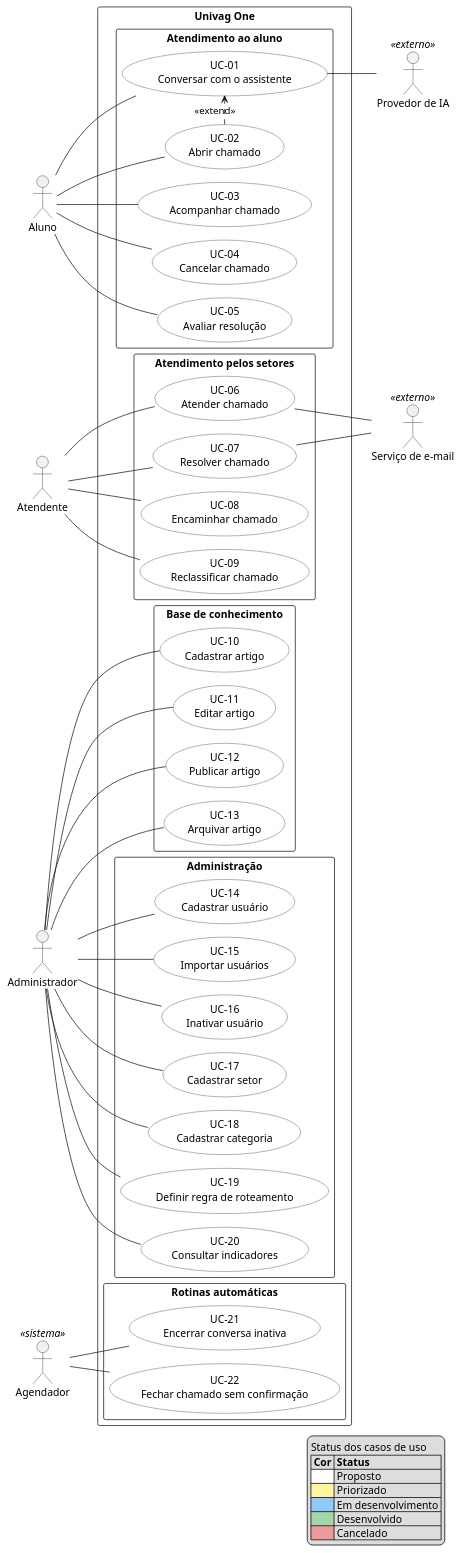
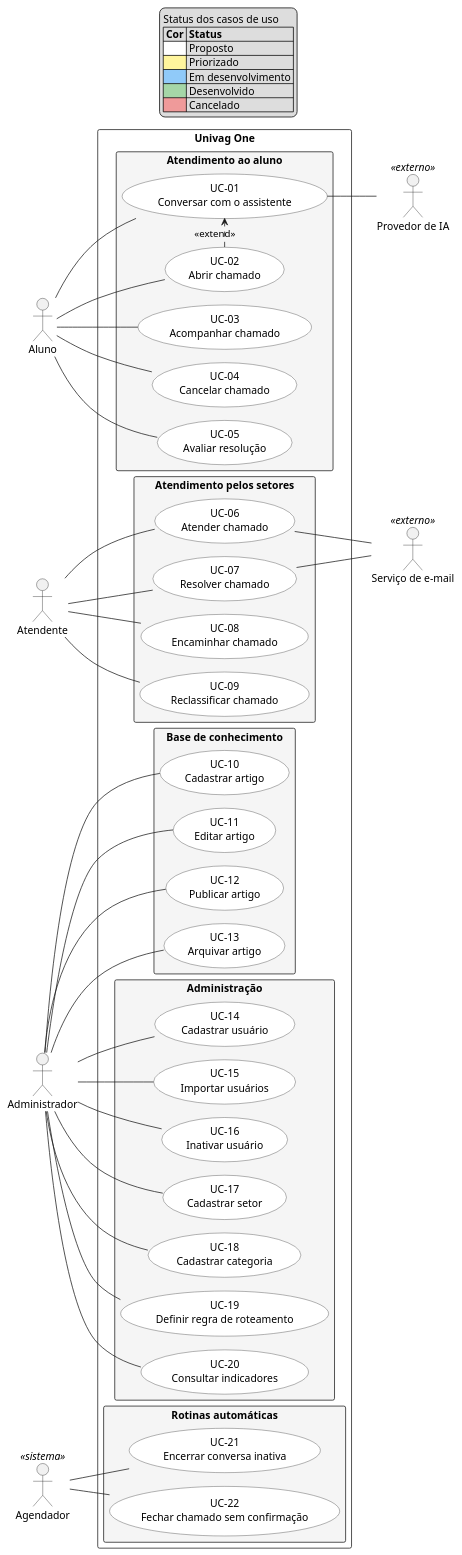
Before and after one commit to Bitforgee/One: the diagram in docs/figuras/casos-de-uso.puml, drawn with PlantUML. The commit also changed 2 other files, not shown here.

Commit message:
docs(figuras): redraw use-case diagram with the legend on top

```diff
--- a/docs/figuras/casos-de-uso.puml
+++ b/docs/figuras/casos-de-uso.puml
@@ -1,92 +1,92 @@
 @startuml casos-de-uso
 !pragma layout smetana
 left to right direction
 skinparam packageStyle rectangle
 skinparam shadowing false
 skinparam usecase {
   BackgroundColor #FFFFFF
   BorderColor #333333
 }
 
+legend top
+  Status dos casos de uso
+  |= Cor |= Status |
+  |<#FFFFFF>| Proposto |
+  |<#FFF59D>| Priorizado |
+  |<#90CAF9>| Em desenvolvimento |
+  |<#A5D6A7>| Desenvolvido |
+  |<#EF9A9A>| Cancelado |
+endlegend
+
 actor Aluno
 actor Atendente
 actor Administrador
 actor "Provedor de IA" as IA <<externo>>
 actor "Serviço de e-mail" as Email <<externo>>
 actor Agendador <<sistema>>
 
 rectangle "Univag One" {
-  package "Atendimento ao aluno" {
+  package "Atendimento ao aluno" #F5F5F5 {
     usecase "UC-01\nConversar com o assistente" as UC01
     usecase "UC-02\nAbrir chamado" as UC02
     usecase "UC-03\nAcompanhar chamado" as UC03
     usecase "UC-04\nCancelar chamado" as UC04
     usecase "UC-05\nAvaliar resolução" as UC05
   }
-  package "Atendimento pelos setores" {
+  package "Atendimento pelos setores" #F5F5F5 {
     usecase "UC-06\nAtender chamado" as UC06
     usecase "UC-07\nResolver chamado" as UC07
     usecase "UC-08\nEncaminhar chamado" as UC08
     usecase "UC-09\nReclassificar chamado" as UC09
   }
-  package "Base de conhecimento" {
+  package "Base de conhecimento" #F5F5F5 {
     usecase "UC-10\nCadastrar artigo" as UC10
     usecase "UC-11\nEditar artigo" as UC11
     usecase "UC-12\nPublicar artigo" as UC12
     usecase "UC-13\nArquivar artigo" as UC13
   }
-  package "Administração" {
+  package "Administração" #F5F5F5 {
     usecase "UC-14\nCadastrar usuário" as UC14
     usecase "UC-15\nImportar usuários" as UC15
     usecase "UC-16\nInativar usuário" as UC16
     usecase "UC-17\nCadastrar setor" as UC17
     usecase "UC-18\nCadastrar categoria" as UC18
     usecase "UC-19\nDefinir regra de roteamento" as UC19
     usecase "UC-20\nConsultar indicadores" as UC20
   }
-  package "Rotinas automáticas" {
+  package "Rotinas automáticas" #F5F5F5 {
     usecase "UC-21\nEncerrar conversa inativa" as UC21
     usecase "UC-22\nFechar chamado sem confirmação" as UC22
   }
 }
 
 Aluno -- UC01
 Aluno -- UC02
 Aluno -- UC03
 Aluno -- UC04
 Aluno -- UC05
 UC02 .> UC01 : <<extend>>
 UC01 -- IA
 
 Atendente -- UC06
 Atendente -- UC07
 Atendente -- UC08
 Atendente -- UC09
 UC06 -- Email
 UC07 -- Email
 
 Administrador -- UC10
 Administrador -- UC11
 Administrador -- UC12
 Administrador -- UC13
 Administrador -- UC14
 Administrador -- UC15
 Administrador -- UC16
 Administrador -- UC17
 Administrador -- UC18
 Administrador -- UC19
 Administrador -- UC20
 
 Agendador -- UC21
 Agendador -- UC22
-
-legend right
-  Status dos casos de uso
-  |= Cor |= Status |
-  |<#FFFFFF>| Proposto |
-  |<#FFF59D>| Priorizado |
-  |<#90CAF9>| Em desenvolvimento |
-  |<#A5D6A7>| Desenvolvido |
-  |<#EF9A9A>| Cancelado |
-endlegend
 @enduml
```
